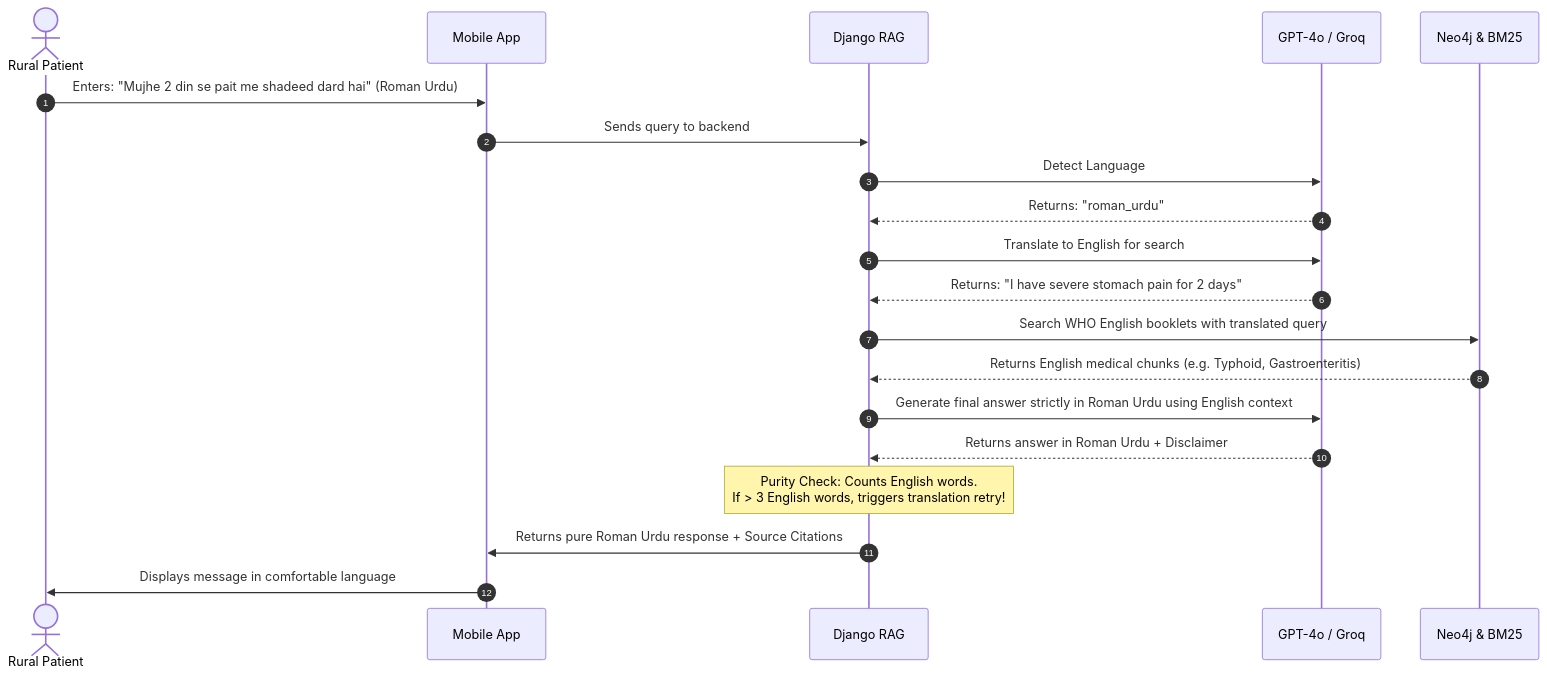
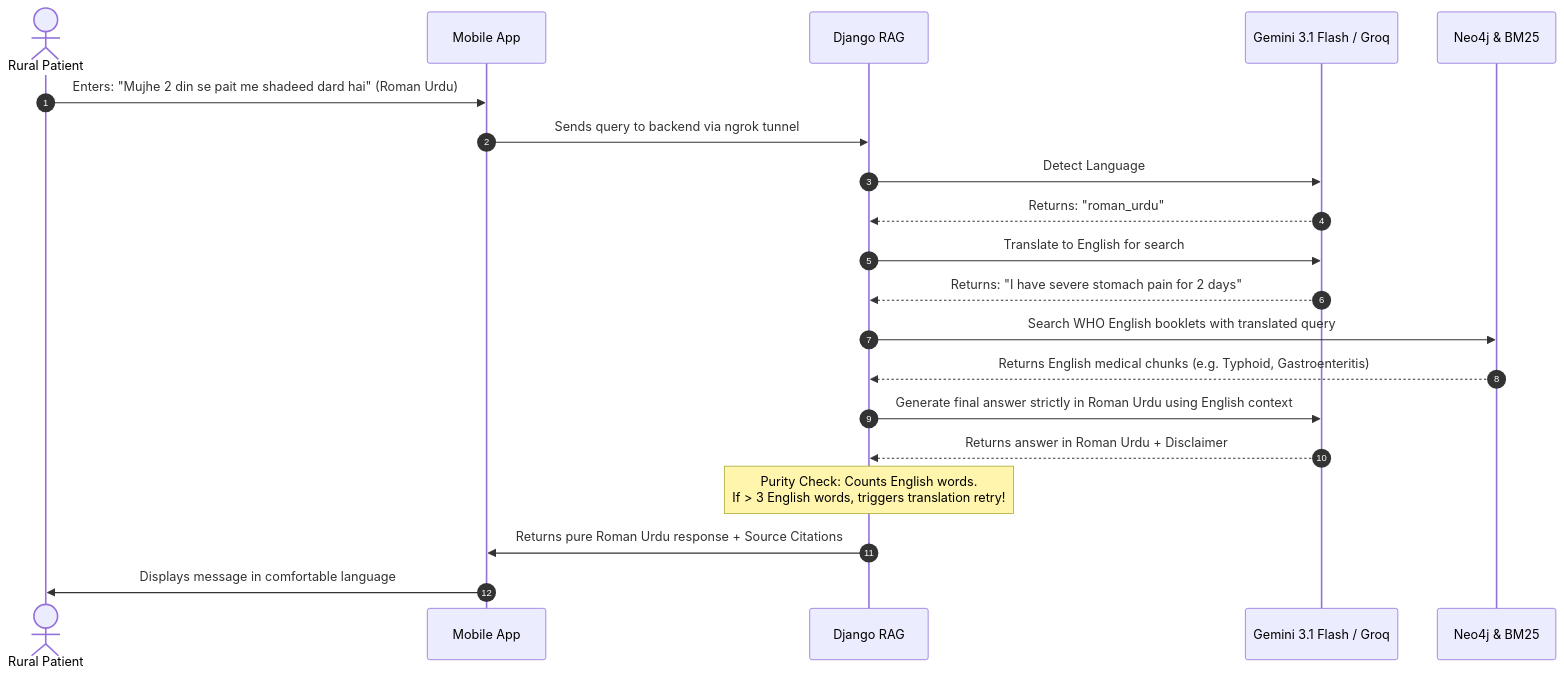
Before and after one commit to Rahman-Ali/FYP-SEHAT: the third of 3 diagrams in FYP-SEHAT-ARCHITECTURE.md, drawn with Mermaid. The commit also changed other lines of this file and 1 other file, not shown here.

Commit message:
docs: update system architecture and README with warmup, ngrok tunnel, and Gemini LLM details

````diff
--- a/FYP-SEHAT-ARCHITECTURE.md
+++ b/FYP-SEHAT-ARCHITECTURE.md
@@ -305,23 +330,23 @@
 ```mermaid
 sequenceDiagram
     autonumber
     actor User as Rural Patient
     participant App as Mobile App
     participant BE as Django RAG
-    participant LLM as GPT-4o / Groq
+    participant LLM as Gemini 3.1 Flash / Groq
     participant VStore as Neo4j & BM25
 
     User->>App: Enters: "Mujhe 2 din se pait me shadeed dard hai" (Roman Urdu)
-    App->>BE: Sends query to backend
+    App->>BE: Sends query to backend via ngrok tunnel
     BE->>LLM: Detect Language
     LLM-->>BE: Returns: "roman_urdu"
     BE->>LLM: Translate to English for search
     LLM-->>BE: Returns: "I have severe stomach pain for 2 days"
     BE->>VStore: Search WHO English booklets with translated query
     VStore-->>BE: Returns English medical chunks (e.g. Typhoid, Gastroenteritis)
     BE->>LLM: Generate final answer strictly in Roman Urdu using English context
     LLM-->>BE: Returns answer in Roman Urdu + Disclaimer
     Note over BE: Purity Check: Counts English words.<br/>If > 3 English words, triggers translation retry!
     BE->>App: Returns pure Roman Urdu response + Source Citations
     App->>User: Displays message in comfortable language
 ```
````
